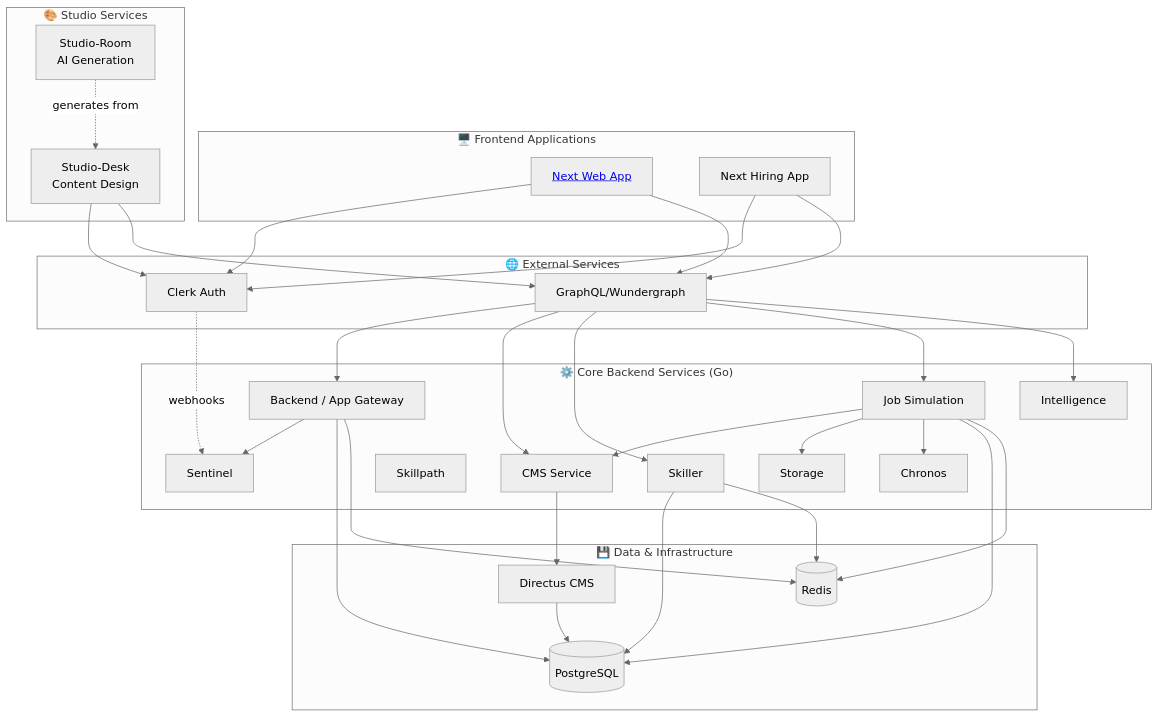
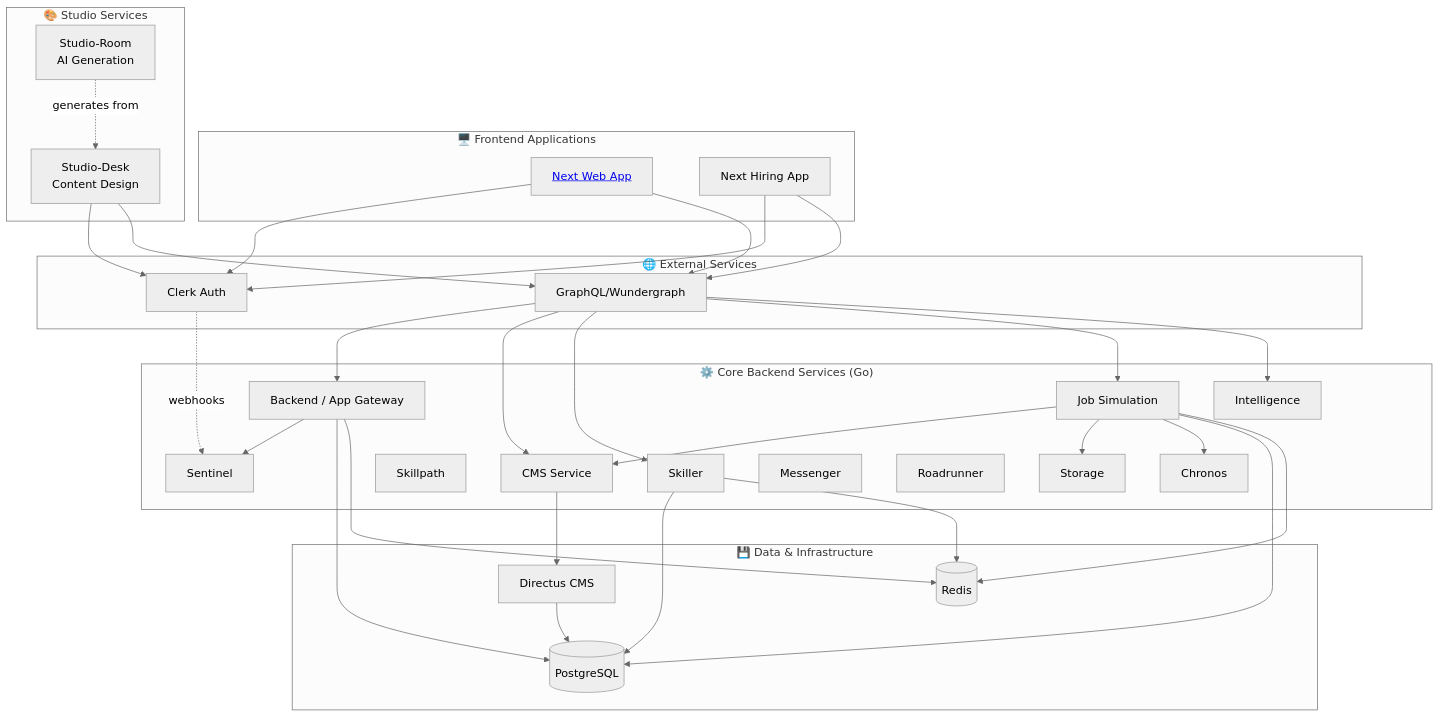
The diagram in corpus/architecture/architecture_overview.md (anthropos-work/rosetta), drawn with Mermaid (neutral theme) before and after one commit. The commit also changed other lines of this file and 13 other files, not shown here.

Commit message:
docs: update architecture and service documentation

````diff
--- a/corpus/architecture/architecture_overview.md
+++ b/corpus/architecture/architecture_overview.md
@@ -35,72 +58,74 @@
 ```mermaid
 graph TD
     subgraph External["🌐 External Services"]
         Clerk[Clerk Auth]
         GraphQL[GraphQL/Wundergraph]
     end
     
     subgraph Frontend["🖥️ Frontend Applications"]
         Web[<a href='./frontend_architecture.md'>Next Web App</a>]
         Hiring[Next Hiring App]
     end
     
     subgraph Studio["🎨 Studio Services"]
         Desk[Studio-Desk<br/>Content Design]
         Room[Studio-Room<br/>AI Generation]
     end
 
     subgraph Core["⚙️ Core Backend Services (Go)"]
         Gateway[Backend / App Gateway]
         Sentinel[Sentinel]
         CMS_Service[CMS Service]
         Skiller[Skiller]
         JobSim[Job Simulation]
         Skillpath[Skillpath]
         Storage[Storage]
         Chronos[Chronos]
         Intelligence[Intelligence]
+        Messenger[Messenger]
+        Roadrunner[Roadrunner]
     end
 
     subgraph Data["💾 Data & Infrastructure"]
         Postgres[(PostgreSQL)]
         Redis[(Redis)]
         Directus[Directus CMS]
     end
     
     %% Frontend connections
     Web --> Clerk
     Hiring --> Clerk
     Web --> GraphQL
     Hiring --> GraphQL
     
     %% Studio connections
     Desk --> Clerk
     Desk --> GraphQL
     Room -.->|generates from| Desk
     
     %% GraphQL aggregation
     GraphQL --> Gateway
     GraphQL --> CMS_Service
     GraphQL --> Skiller
     GraphQL --> JobSim
     GraphQL --> Intelligence
     
     %% Core service dependencies
     Gateway --> Sentinel
     CMS_Service --> Directus
     JobSim --> CMS_Service
     JobSim --> Storage
     JobSim --> Chronos
     
     %% Data connections
     Gateway --> Postgres
     Gateway --> Redis
     Skiller --> Postgres
     Skiller --> Redis
     JobSim --> Postgres
     JobSim --> Redis
     Directus --> Postgres
     
     %% Clerk integration
     Clerk -.->|webhooks| Sentinel
 ```
````
